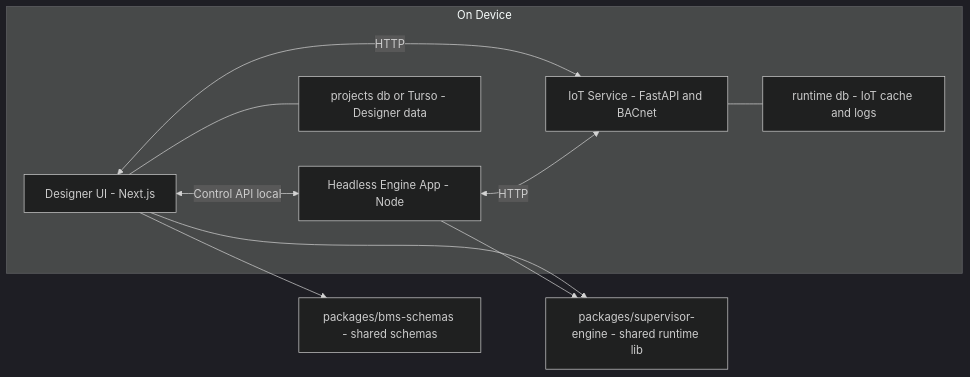
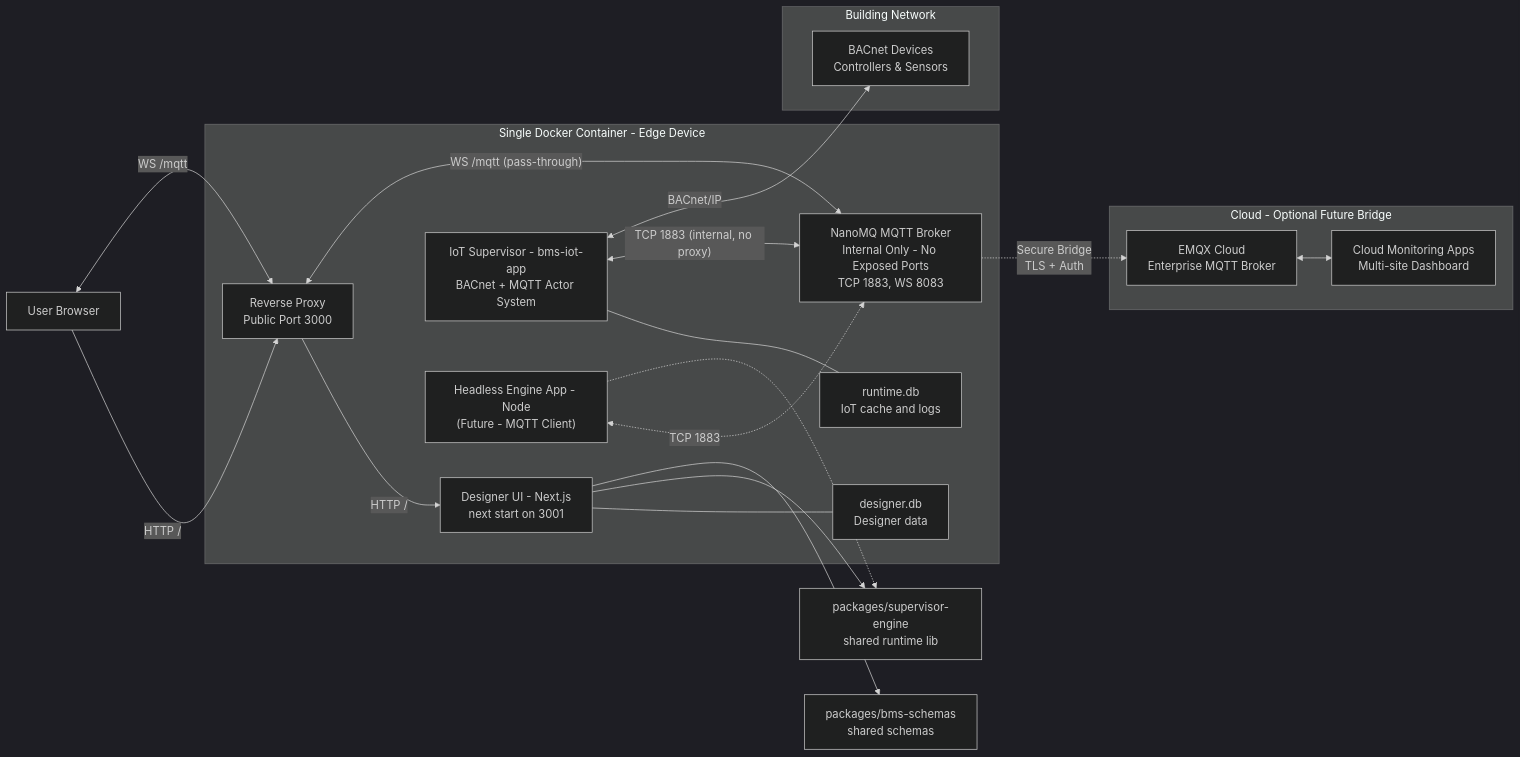
One commit to openbms-io/supervisor changed the first of 6 diagrams in docs/architecture.md. Above: the diagram before and after it, drawn with Mermaid (dark theme). The commit also changed other lines of this file and 154 other files, not shown here.

First line of the commit message:
Added bms-iot-app from private repo (#32)

````diff
--- a/docs/architecture.md
+++ b/docs/architecture.md
@@ -53,25 +61,46 @@
 ```mermaid
 flowchart LR
-  subgraph Device [On Device]
-    UI["Designer UI - Next.js"]
-    Engine["Headless Engine App - Node"]
-    PY["IoT Service - FastAPI and BACnet"]
+  subgraph Container [Single Docker Container - Edge Device]
+    RP["Reverse Proxy<br/>Public Port 3000"]
+    Next["Designer UI - Next.js<br/>next start on 3001"]
+    IoT["IoT Supervisor - bms-iot-app<br/>BACnet + MQTT Actor System"]
+    MQTT["NanoMQ MQTT Broker<br/>Internal Only - No Exposed Ports<br/>TCP 1883, WS 8083"]
 
-    DB1["projects db or Turso - Designer data"]
-    DB2["runtime db - IoT cache and logs"]
+    DB1["designer.db<br/>Designer data"]
+    DB2["runtime.db<br/>IoT cache and logs"]
 
-    UI --- DB1
-    PY --- DB2
+    Next --- DB1
+    IoT --- DB2
 
-    UI <-->|Control API local| Engine
-    UI <-->|HTTP| PY
-    Engine <-->|HTTP| PY
+    RP -->|"HTTP /"| Next
+    RP <-->|"WS /mqtt (pass-through)"| MQTT
+    IoT <-->|"TCP 1883 (internal, no proxy)"| MQTT
+
+    Engine["Headless Engine App - Node<br/>(Future - MQTT Client)"]
+    Engine <-.->|"TCP 1883"| MQTT
   end
 
-  P1["packages/supervisor-engine - shared runtime lib"]
-  P2["packages/bms-schemas - shared schemas"]
+  subgraph Cloud [Cloud - Optional Future Bridge]
+    CloudMQTT["EMQX Cloud<br/>Enterprise MQTT Broker"]
+    CloudApps["Cloud Monitoring Apps<br/>Multi-site Dashboard"]
 
-  UI --> P1
-  Engine --> P1
-  UI --> P2
+    MQTT -.->|Secure Bridge<br/>TLS + Auth| CloudMQTT
+    CloudMQTT <--> CloudApps
+  end
+
+  subgraph BACnet [Building Network]
+    Devices["BACnet Devices<br/>Controllers & Sensors"]
+    IoT <-->|BACnet/IP| Devices
+  end
+
+  P1["packages/supervisor-engine<br/>shared runtime lib"]
+  P2["packages/bms-schemas<br/>shared schemas"]
+
+  Next --> P1
+  Engine -.-> P1
+  Next --> P2
+
+  User["User Browser"]
+  User -->|"HTTP /"| RP
+  User <-->|"WS /mqtt"| RP
 ```
````
